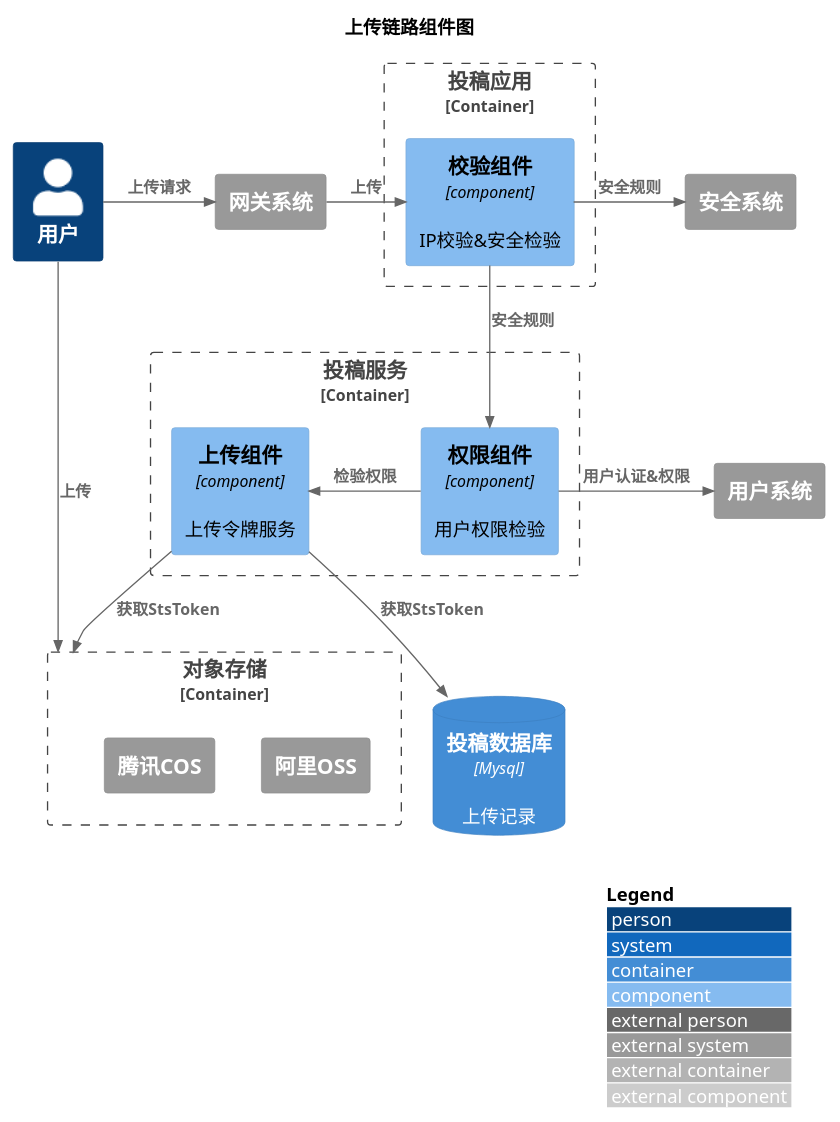
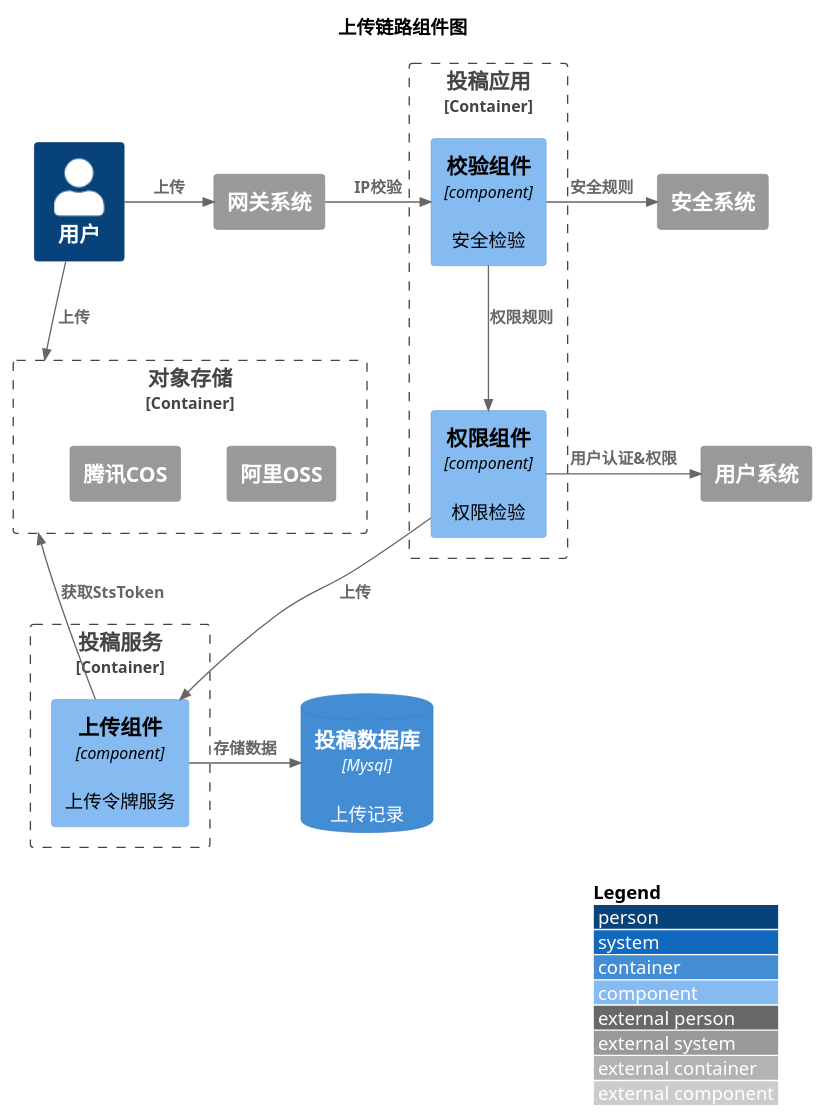
One commit to nxnnxn/community-doc changed the diagram in puml/content/content/upload/component.puml. Above: the diagram before and after it, drawn with PlantUML. The commit also changed 9 other files, not shown here.

```diff
--- a/puml/content/content/upload/component.puml
+++ b/puml/content/content/upload/component.puml
@@ -1,43 +1,43 @@
 @startuml
 !include <C4/C4_Component>
 LAYOUT_WITH_LEGEND()
 
 title 上传链路组件图
 
 Person(user, "用户")
 
 Container_Boundary(postFacade, "投稿应用"){
-    Component(checkComponent, "校验组件", "component", "IP校验&安全检验")
+    Component(checkComponent, "校验组件", "component", "安全检验")
+    Component(authComponent, "权限组件", "component", "权限检验")
 }
 
 Container_Boundary(postService, "投稿服务"){
-    Component(authComponent, "权限组件", "component", "用户权限检验")
     Component(uploadComponent, "上传组件", "component", "上传令牌服务")
-    Rel(checkComponent, authComponent, "安全规则")
-    Rel_L(authComponent, uploadComponent, "检验权限")
+    Rel(checkComponent, authComponent, "权限规则")
+    Rel(authComponent, uploadComponent, "上传")
 }
 
 Container_Boundary("objectStorage", "对象存储"){
     System_Ext(oss,"阿里OSS")
     System_Ext(cos,"腾讯COS")
 }
 
 System_Ext(gateway,"网关系统")
 System_Ext(security,"安全系统")
 System_Ext(userSystem,"用户系统")
 ContainerDb(db, "投稿数据库", "Mysql","上传记录")
 
 
 
-Rel_R(user, gateway, "上传请求")
+Rel_R(user, gateway, "上传")
 Rel(user, objectStorage, "上传")
-Rel_R(gateway, checkComponent, "上传")
+Rel_R(gateway, checkComponent, "IP校验")
 Rel_R(checkComponent, security, "安全规则")
 Rel_R(authComponent, userSystem, "用户认证&权限")
-Rel(uploadComponent, objectStorage, "获取StsToken")
-Rel(uploadComponent, db, "获取StsToken")
+Rel_L(uploadComponent, objectStorage, "获取StsToken")
+Rel_R(uploadComponent, db, "存储数据")
 
 
 
 
 @enduml
```
